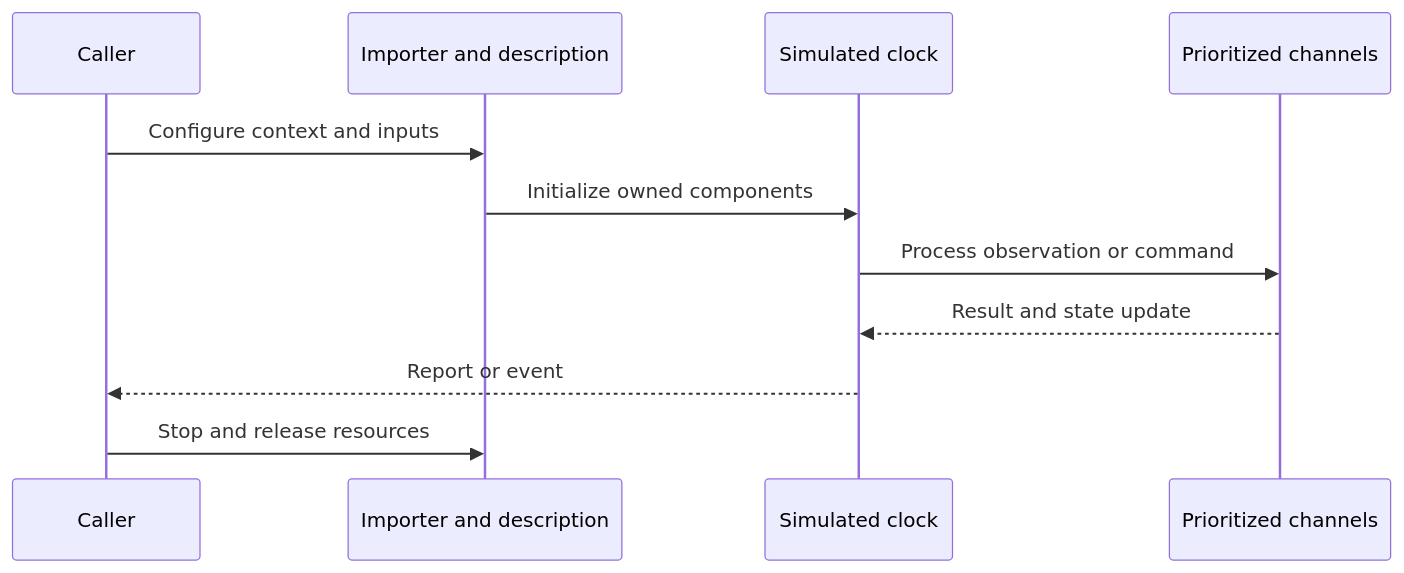
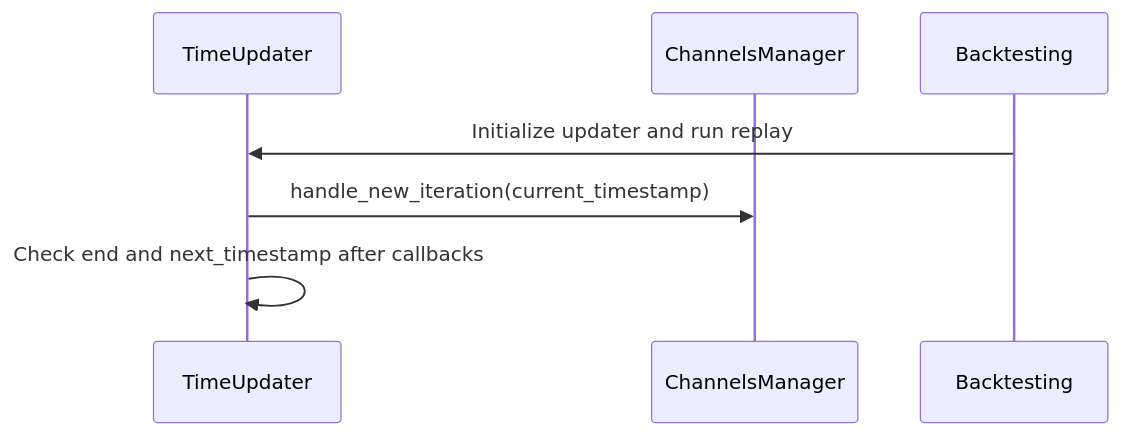
The fourth of 4 diagrams in docs/ayu-develop.md (alexcwyu/OctoBot-Backtesting), drawn with Mermaid before and after one commit. The commit also changed other lines of this file and 7 other files, not shown here.

Commit message:
docs: standardize source-reviewed system guides and offline diagrams

````diff
--- a/docs/ayu-develop.md
+++ b/docs/ayu-develop.md
@@ -41,13 +162,9 @@
 ```mermaid
 sequenceDiagram
-  participant Caller
-  participant P1 as Importer and description
-  participant P2 as Simulated clock
-  participant P3 as Prioritized channels
-  Caller->>P1: Configure context and inputs
-  P1->>P2: Initialize owned components
-  P2->>P3: Process observation or command
-  P3-->>P2: Result and state update
-  P2-->>Caller: Report or event
-  Caller->>P1: Stop and release resources
+  participant N0 as TimeUpdater
+  participant N1 as ChannelsManager
+  participant N2 as Backtesting
+  N2->>N0: Initialize updater and run replay
+  N0->>N1: handle_new_iteration(current_timestamp)
+  N0->>N0: Check end and next_timestamp after callbacks
 ```
````
